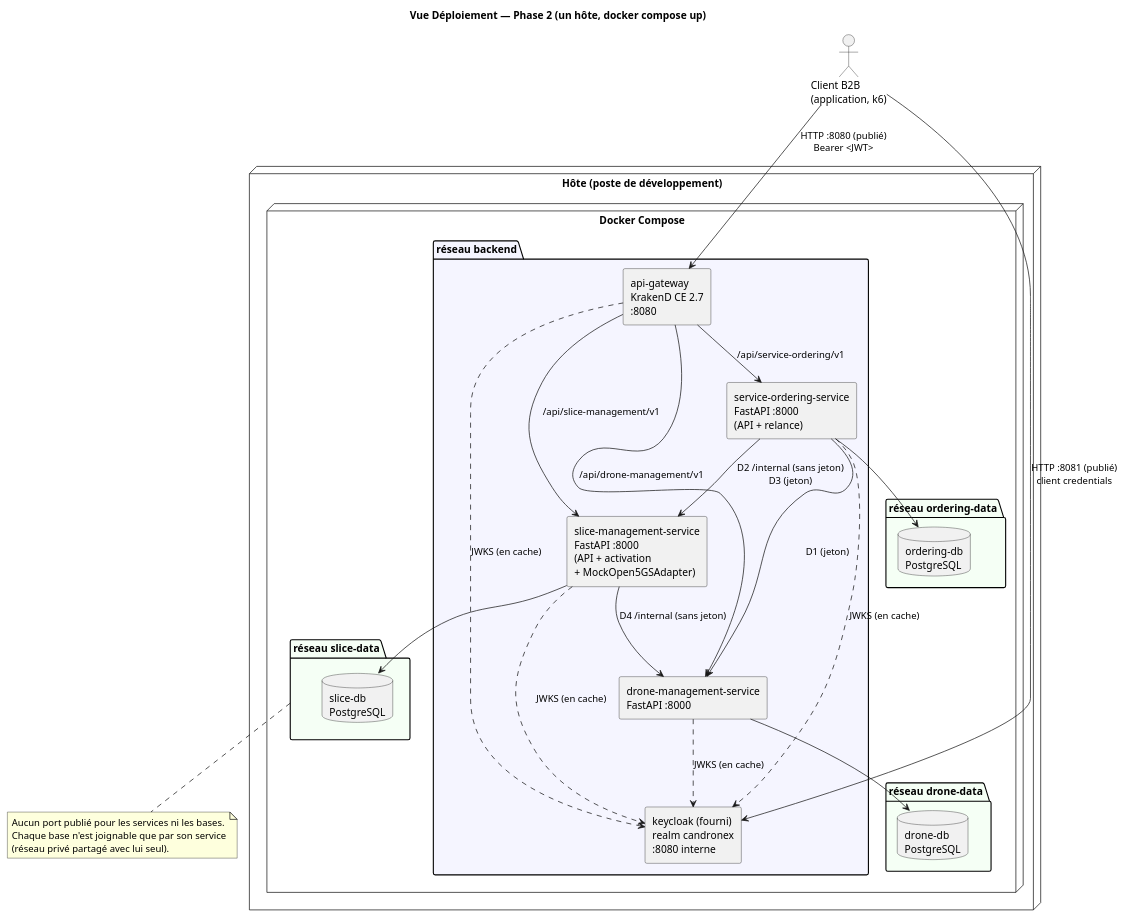
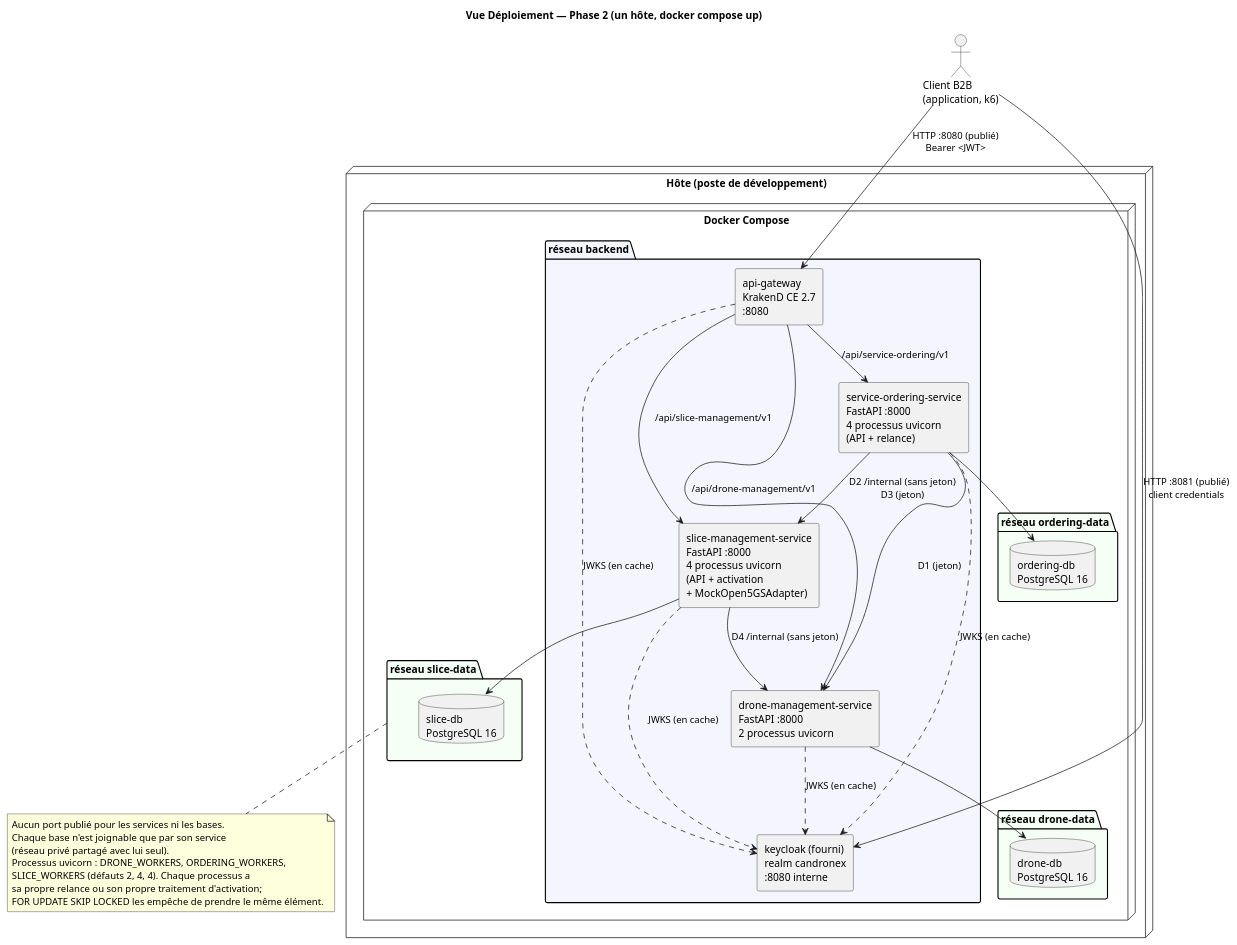
One commit to COGvc/LOG430-Projet2 changed the diagram in docs/diagrams/deploiement.puml. Above: the diagram before and after it, drawn with PlantUML. The commit also changed 4 other files, not shown here.

Commit message:
Changements dans des diagrammes

```diff
--- a/docs/diagrams/deploiement.puml
+++ b/docs/diagrams/deploiement.puml
@@ -1,54 +1,58 @@
 @startuml deploiement
 title Vue Déploiement — Phase 2 (un hôte, docker compose up)
 skinparam componentStyle rectangle
 
 actor "Client B2B\n(application, k6)" as Client
 
 node "Hôte (poste de développement)" {
   node "Docker Compose" {
 
     package "réseau backend" as Backend #F5F5FF {
       component "api-gateway\nKrakenD CE 2.7\n:8080" as GW
       component "keycloak (fourni)\nrealm candronex\n:8080 interne" as KC
-      component "drone-management-service\nFastAPI :8000" as DS
-      component "service-ordering-service\nFastAPI :8000\n(API + relance)" as OS
-      component "slice-management-service\nFastAPI :8000\n(API + activation\n+ MockOpen5GSAdapter)" as SS
+      component "drone-management-service\nFastAPI :8000\n2 processus uvicorn" as DS
+      component "service-ordering-service\nFastAPI :8000\n4 processus uvicorn\n(API + relance)" as OS
+      component "slice-management-service\nFastAPI :8000\n4 processus uvicorn\n(API + activation\n+ MockOpen5GSAdapter)" as SS
     }
 
     package "réseau drone-data" as DData #F5FFF5 {
-      database "drone-db\nPostgreSQL" as DDB
+      database "drone-db\nPostgreSQL 16" as DDB
     }
     package "réseau ordering-data" as OData #F5FFF5 {
-      database "ordering-db\nPostgreSQL" as ODB
+      database "ordering-db\nPostgreSQL 16" as ODB
     }
     package "réseau slice-data" as SData #F5FFF5 {
-      database "slice-db\nPostgreSQL" as SDB
+      database "slice-db\nPostgreSQL 16" as SDB
     }
   }
 }
 
 Client --> GW : HTTP :8080 (publié)\nBearer <JWT>
 Client --> KC : HTTP :8081 (publié)\nclient credentials
 
 GW --> DS : /api/drone-management/v1
 GW --> OS : /api/service-ordering/v1
 GW --> SS : /api/slice-management/v1
 GW ..> KC : JWKS (en cache)
 DS ..> KC : JWKS (en cache)
 OS ..> KC : JWKS (en cache)
 SS ..> KC : JWKS (en cache)
 
 OS --> DS : D1 (jeton)
 OS --> SS : D2 /internal (sans jeton)\nD3 (jeton)
 SS --> DS : D4 /internal (sans jeton)
 
 DS --> DDB
 OS --> ODB
 SS --> SDB
 
 note bottom of SData
   Aucun port publié pour les services ni les bases.
   Chaque base n'est joignable que par son service
   (réseau privé partagé avec lui seul).
+  Processus uvicorn : DRONE_WORKERS, ORDERING_WORKERS,
+  SLICE_WORKERS (défauts 2, 4, 4). Chaque processus a
+  sa propre relance ou son propre traitement d'activation;
+  FOR UPDATE SKIP LOCKED les empêche de prendre le même élément.
 end note
 @enduml
```
